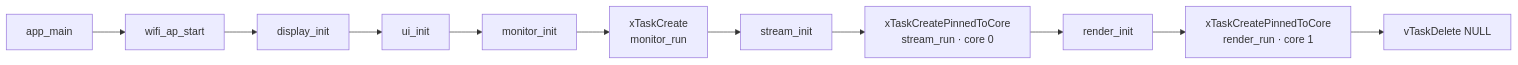
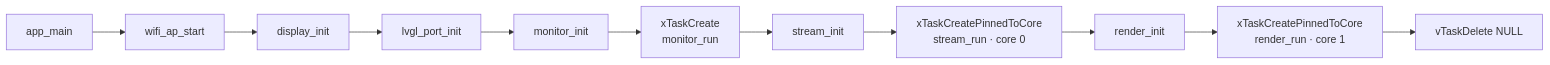
Before and after one commit to LINTECH-CHAS-ACADEMY-SUVX25/Scout: the first of 2 diagrams in docs/scout_screen_flow.md, drawn with Mermaid. The commit also changed other lines of this file and 6 other files, not shown here.

````diff
--- a/docs/scout_screen_flow.md
+++ b/docs/scout_screen_flow.md
@@ -8,13 +8,13 @@
 ```mermaid
 flowchart LR
     A[app_main] --> B[wifi_ap_start]
     B --> C[display_init]
-    C --> D[ui_init]
+    C --> D[lvgl_port_init]
     D --> E[monitor_init]
     E --> F["xTaskCreate\nmonitor_run"]
     F --> G[stream_init]
     G --> H["xTaskCreatePinnedToCore\nstream_run · core 0"]
     H --> I[render_init]
     I --> J["xTaskCreatePinnedToCore\nrender_run · core 1"]
     J --> K[vTaskDelete NULL]
 ```
````
